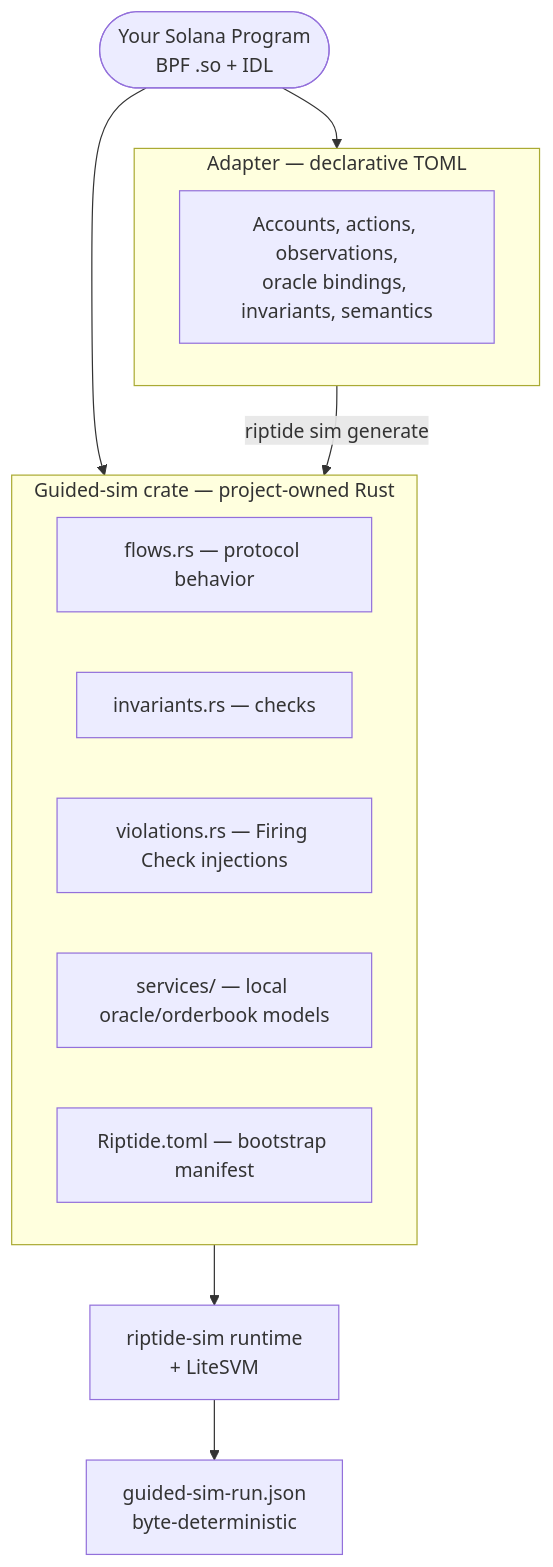
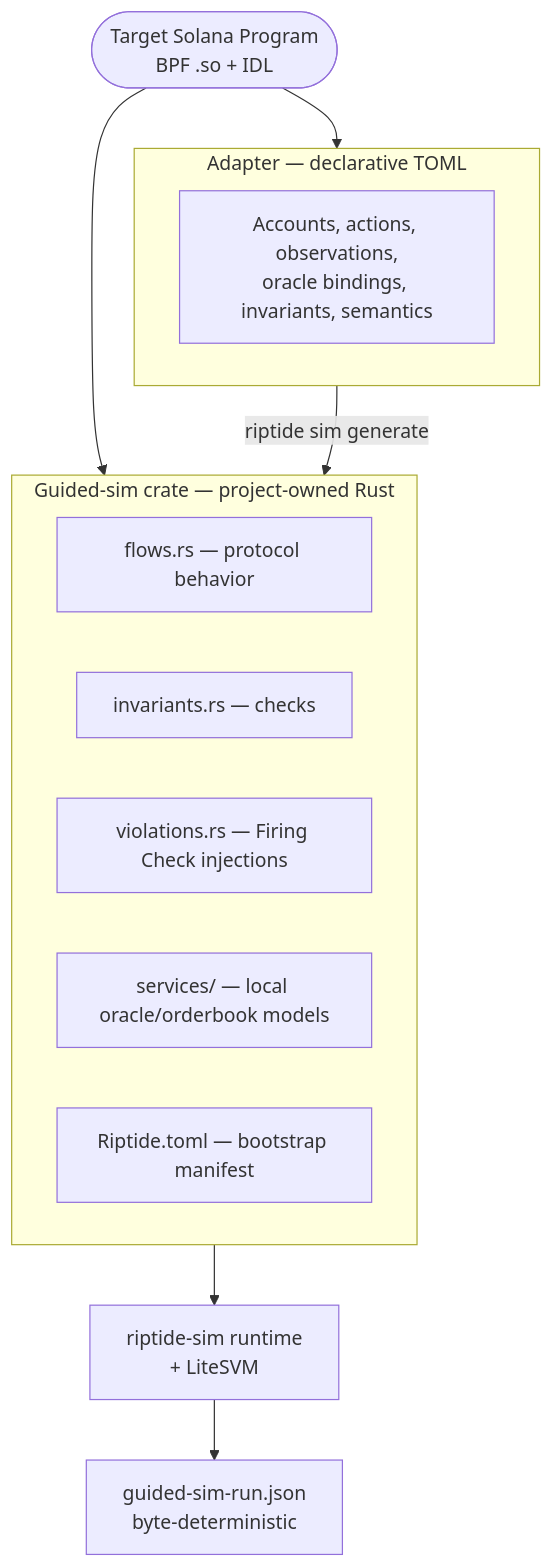
One commit to riptidesim/riptide changed the diagram in docs/architecture.md. Above: the diagram before and after it, drawn with Mermaid. The commit also changed other lines of this file and 22 other files, not shown here.

````diff
--- a/docs/architecture.md
+++ b/docs/architecture.md
@@ -28,22 +35,22 @@
 ```mermaid
 flowchart TB
-    P(["Your Solana Program<br>BPF .so + IDL"])
+    P(["Target Solana Program<br>BPF .so + IDL"])
 
     subgraph Decl["Adapter — declarative TOML"]
         A["Accounts, actions, observations,<br>oracle bindings, invariants, semantics"]
     end
 
     subgraph Code["Guided-sim crate — project-owned Rust"]
         F["flows.rs — protocol behavior"]
         I["invariants.rs — checks"]
         V["violations.rs — Firing Check injections"]
         S["services/ — local oracle/orderbook models"]
         M["Riptide.toml — bootstrap manifest"]
     end
 
     P --> Decl
     P --> Code
     Decl -->|riptide sim generate| Code
     Code --> R["riptide-sim runtime<br>+ LiteSVM"]
     R --> O["guided-sim-run.json<br>byte-deterministic"]
 ```
````
